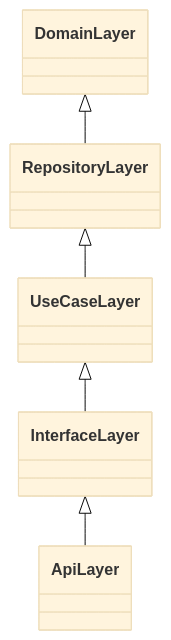
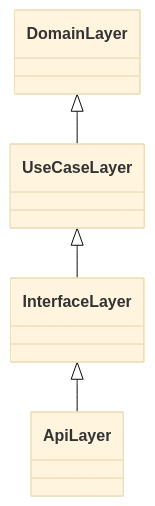
The diagram in README.md (AsadaGuitar/BBS), drawn with Mermaid (base theme) before and after one commit. The commit also changed other lines of this file, not shown here.

````diff
--- a/README.md
+++ b/README.md
@@ -18,7 +18,6 @@
 ```mermaid
 classDiagram
-    DomainLayer <|-- RepositoryLayer
-    RepositoryLayer <|-- UseCaseLayer
+    DomainLayer <|-- UseCaseLayer
     UseCaseLayer <|-- InterfaceLayer
     InterfaceLayer <|-- ApiLayer
 ```
````
